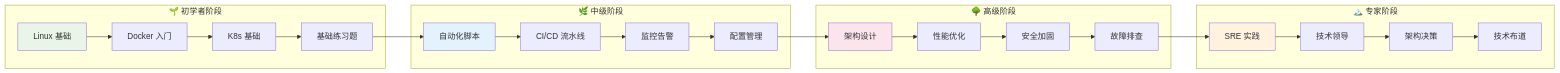
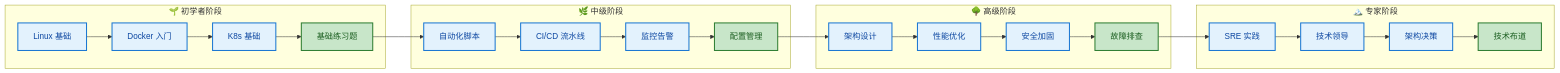
One commit to lin327/DevOps-Learning-Hub changed the second of 5 diagrams in README.md. Above: the diagram before and after it, drawn with Mermaid. The commit also changed other lines of this file, not shown here.

Commit message:
更新 Mermaid 流程图使用双色方案

````diff
--- a/README.md
+++ b/README.md
@@ -389,35 +564,47 @@
 ```mermaid
 graph LR
     subgraph "🌱 初学者阶段"
         A1[Linux 基础] --> A2[Docker 入门]
         A2 --> A3[K8s 基础]
         A3 --> A4[基础练习题]
     end
     
     subgraph "🌿 中级阶段"
         B1[自动化脚本] --> B2[CI/CD 流水线]
         B2 --> B3[监控告警]
         B3 --> B4[配置管理]
     end
     
     subgraph "🌳 高级阶段"
         C1[架构设计] --> C2[性能优化]
         C2 --> C3[安全加固]
         C3 --> C4[故障排查]
     end
     
     subgraph "🏔️ 专家阶段"
         D1[SRE 实践] --> D2[技术领导]
         D2 --> D3[架构决策]
         D3 --> D4[技术布道]
     end
     
     A4 --> B1
     B4 --> C1
     C4 --> D1
     
-    style A1 fill:#e8f5e8
-    style B1 fill:#e3f2fd
-    style C1 fill:#fce4ec
-    style D1 fill:#fff3e0
+    style A1 fill:#e3f2fd,stroke:#1976d2,stroke-width:2px,color:#0d47a1
+    style A2 fill:#e3f2fd,stroke:#1976d2,stroke-width:2px,color:#0d47a1
+    style A3 fill:#e3f2fd,stroke:#1976d2,stroke-width:2px,color:#0d47a1
+    style A4 fill:#c8e6c9,stroke:#2e7d32,stroke-width:2px,color:#1b5e20
+    style B1 fill:#e3f2fd,stroke:#1976d2,stroke-width:2px,color:#0d47a1
+    style B2 fill:#e3f2fd,stroke:#1976d2,stroke-width:2px,color:#0d47a1
+    style B3 fill:#e3f2fd,stroke:#1976d2,stroke-width:2px,color:#0d47a1
+    style B4 fill:#c8e6c9,stroke:#2e7d32,stroke-width:2px,color:#1b5e20
+    style C1 fill:#e3f2fd,stroke:#1976d2,stroke-width:2px,color:#0d47a1
+    style C2 fill:#e3f2fd,stroke:#1976d2,stroke-width:2px,color:#0d47a1
+    style C3 fill:#e3f2fd,stroke:#1976d2,stroke-width:2px,color:#0d47a1
+    style C4 fill:#c8e6c9,stroke:#2e7d32,stroke-width:2px,color:#1b5e20
+    style D1 fill:#e3f2fd,stroke:#1976d2,stroke-width:2px,color:#0d47a1
+    style D2 fill:#e3f2fd,stroke:#1976d2,stroke-width:2px,color:#0d47a1
+    style D3 fill:#e3f2fd,stroke:#1976d2,stroke-width:2px,color:#0d47a1
+    style D4 fill:#c8e6c9,stroke:#2e7d32,stroke-width:2px,color:#1b5e20
 ```
````
